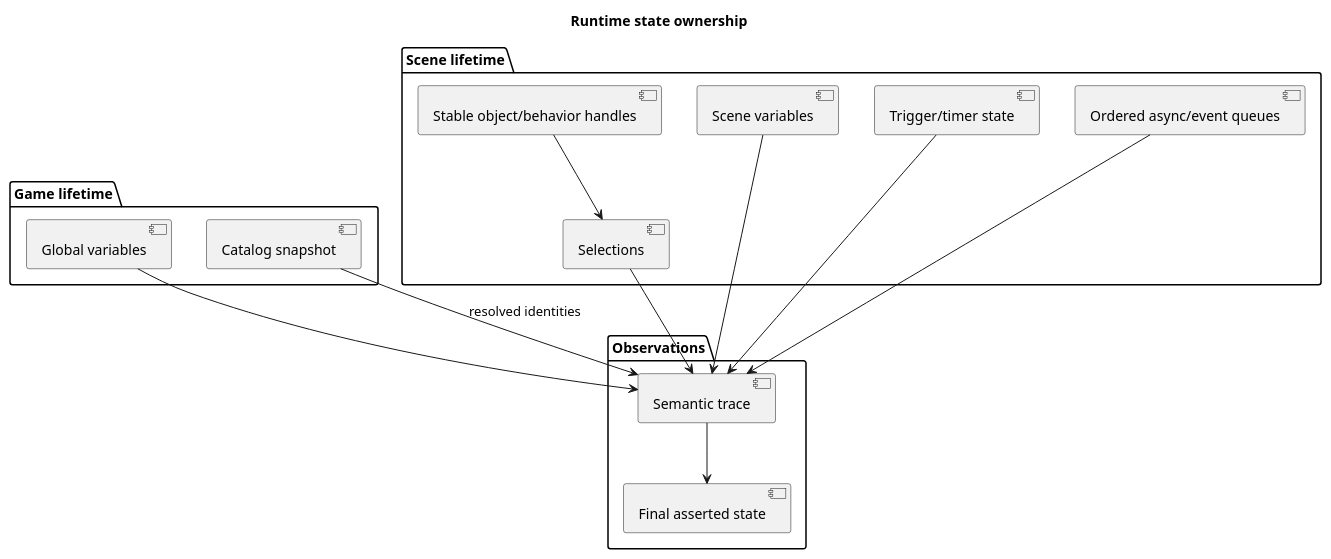
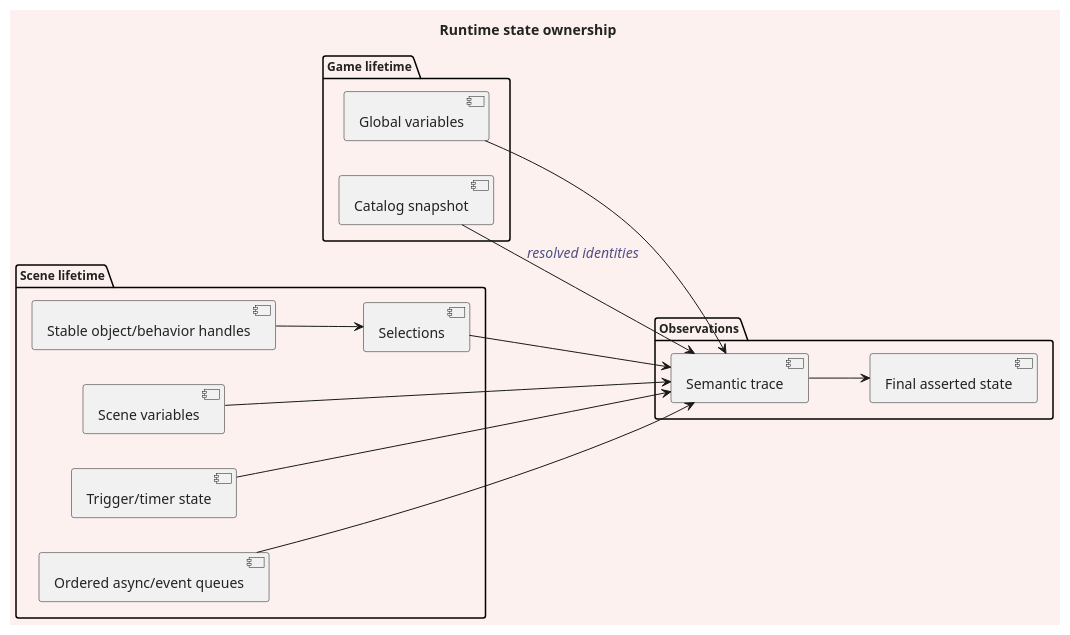
The seventh of 11 diagrams in docs/kotlin-port/DIAGRAMS.md (4ian/GDevelop), drawn with PlantUML before and after one commit. The commit also changed other lines of this file and 2 other files, not shown here.

Commit message:
gradle conf and DIAGRAMS.md plantuml fixes

````diff
--- a/docs/kotlin-port/DIAGRAMS.md
+++ b/docs/kotlin-port/DIAGRAMS.md
@@ -302,28 +387,44 @@
 ```plantuml
 @startuml
 title Runtime state ownership
+
+left to right direction
+
+skinparam BackgroundColor #FCF1EEFF
+skinparam DefaultFontColor #222222FF
+skinparam DefaultFontSize 14
+skinparam ArrowFontColor #505084FF
+skinparam ArrowFontStyle italic
+skinparam NoteFontSize 12
+skinparam PackageFontSize 12
+skinparam DefaultFontName jetbrains-mono
+
 package "Game lifetime" {
   [Global variables] as globals
   [Catalog snapshot] as catalog
 }
+
 package "Scene lifetime" {
   [Scene variables] as scene
   [Stable object/behavior handles] as objects
   [Selections] as selections
   [Trigger/timer state] as triggers
   [Ordered async/event queues] as queues
 }
+
 package "Observations" {
   [Semantic trace] as trace
   [Final asserted state] as final
 }
+
 objects --> selections
 globals --> trace
 scene --> trace
 selections --> trace
 triggers --> trace
 queues --> trace
 catalog --> trace : resolved identities
 trace --> final
+
 @enduml
 ```
````
